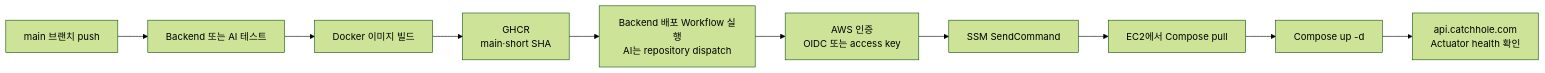
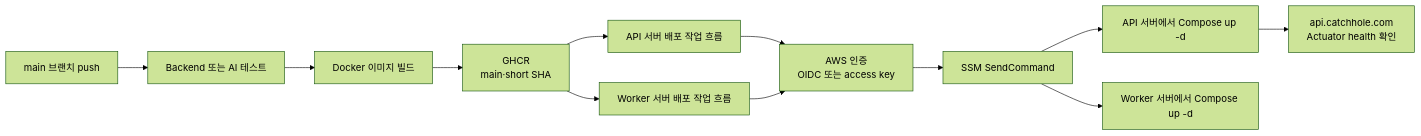
One commit to catchhole-soma/catchhole-backend-java changed the second of 3 diagrams in docs/infrastructure-flow.md. Above: the diagram before and after it, drawn with Mermaid (forest theme). The commit also changed other lines of this file and 3 other files, not shown here.

First line of the commit message:
docs(deploy): API 전환과 롤백 절차를 정리한다

````diff
--- a/docs/infrastructure-flow.md
+++ b/docs/infrastructure-flow.md
@@ -120,23 +121,26 @@
 ```mermaid
 flowchart LR
     PUSH["main 브랜치 push"]
     TEST["Backend 또는 AI 테스트"]
     BUILD["Docker 이미지 빌드"]
     GHCR["GHCR<br/>main·short SHA"]
-    DISPATCH["Backend 배포 Workflow 실행<br/>AI는 repository dispatch"]
+    API_DEPLOY["API 서버 배포 작업 흐름"]
+    WORKER_DEPLOY["Worker 서버 배포 작업 흐름"]
     AUTH["AWS 인증<br/>OIDC 또는 access key"]
     SSM["SSM SendCommand"]
-    PULL["EC2에서 Compose pull"]
-    UP["Compose up -d"]
+    API_UP["API 서버에서 Compose up -d"]
+    WORKER_UP["Worker 서버에서 Compose up -d"]
     HEALTH["api.catchhole.com<br/>Actuator health 확인"]
 
     PUSH --> TEST
     TEST --> BUILD
     BUILD --> GHCR
-    GHCR --> DISPATCH
-    DISPATCH --> AUTH
+    GHCR --> API_DEPLOY
+    GHCR --> WORKER_DEPLOY
+    API_DEPLOY --> AUTH
+    WORKER_DEPLOY --> AUTH
     AUTH --> SSM
-    SSM --> PULL
-    PULL --> UP
-    UP --> HEALTH
+    SSM --> API_UP
+    SSM --> WORKER_UP
+    API_UP --> HEALTH
 ```
````
